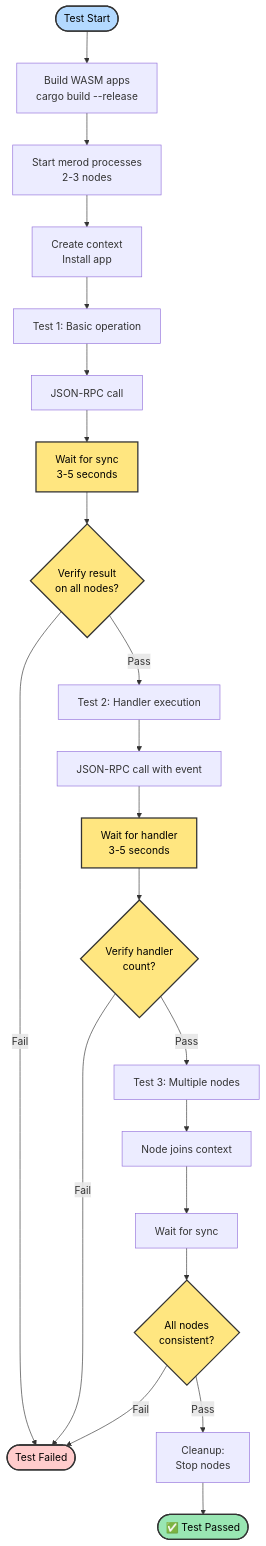
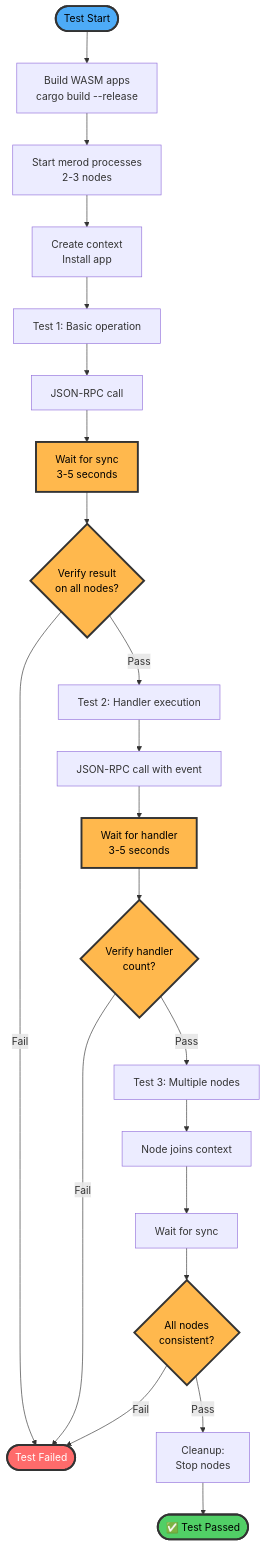
One commit to calimero-network/core changed the seventh of 7 diagrams in crates/sdk/README.md. Above: the diagram before and after it, drawn with Mermaid. The commit also changed other lines of this file and 3 other files, not shown here.

First line of the commit message:
docs: improve mermaid diagram accessibility with high-contrast colors

````diff
--- a/crates/sdk/README.md
+++ b/crates/sdk/README.md
@@ -561,40 +561,40 @@
 ```mermaid
 flowchart TB
     Start([Test Start]) --> Build[Build WASM apps<br/>cargo build --release]
     Build --> StartNodes[Start merod processes<br/>2-3 nodes]
     
     StartNodes --> CreateCtx[Create context<br/>Install app]
     
     CreateCtx --> Test1[Test 1: Basic operation]
     Test1 --> Call1[JSON-RPC call]
     Call1 --> Wait1[Wait for sync<br/>3-5 seconds]
     Wait1 --> Verify1{Verify result<br/>on all nodes?}
     
     Verify1 -->|Pass| Test2[Test 2: Handler execution]
     Verify1 -->|Fail| Fail([Test Failed])
     
     Test2 --> Call2[JSON-RPC call with event]
     Call2 --> Wait2[Wait for handler<br/>3-5 seconds]
     Wait2 --> Verify2{Verify handler<br/>count?}
     
     Verify2 -->|Pass| Test3[Test 3: Multiple nodes]
     Verify2 -->|Fail| Fail
     
     Test3 --> Join[Node joins context]
     Join --> Sync[Wait for sync]
     Sync --> Verify3{All nodes<br/>consistent?}
     
     Verify3 -->|Pass| Cleanup[Cleanup:<br/>Stop nodes]
     Verify3 -->|Fail| Fail
     
     Cleanup --> Success([✅ Test Passed])
     
-    style Start fill:#b3d9ff,stroke:#333,stroke-width:2px,color:#000
-    style Success fill:#99e6b3,stroke:#333,stroke-width:2px,color:#000
-    style Fail fill:#ffcccc,stroke:#333,stroke-width:2px,color:#000
-    style Wait1 fill:#ffe680,stroke:#333,stroke-width:2px,color:#000
-    style Wait2 fill:#ffe680,stroke:#333,stroke-width:2px,color:#000
-    style Verify1 fill:#ffe680,stroke:#333,stroke-width:2px,color:#000
-    style Verify2 fill:#ffe680,stroke:#333,stroke-width:2px,color:#000
-    style Verify3 fill:#ffe680,stroke:#333,stroke-width:2px,color:#000
+    style Start fill:#4DABF7,stroke:#333,stroke-width:3px,color:#000
+    style Success fill:#51CF66,stroke:#333,stroke-width:3px,color:#000
+    style Fail fill:#FF6B6B,stroke:#333,stroke-width:3px,color:#fff
+    style Wait1 fill:#FFB84D,stroke:#333,stroke-width:3px,color:#000
+    style Wait2 fill:#FFB84D,stroke:#333,stroke-width:3px,color:#000
+    style Verify1 fill:#FFB84D,stroke:#333,stroke-width:3px,color:#000
+    style Verify2 fill:#FFB84D,stroke:#333,stroke-width:3px,color:#000
+    style Verify3 fill:#FFB84D,stroke:#333,stroke-width:3px,color:#000
 ```
````
